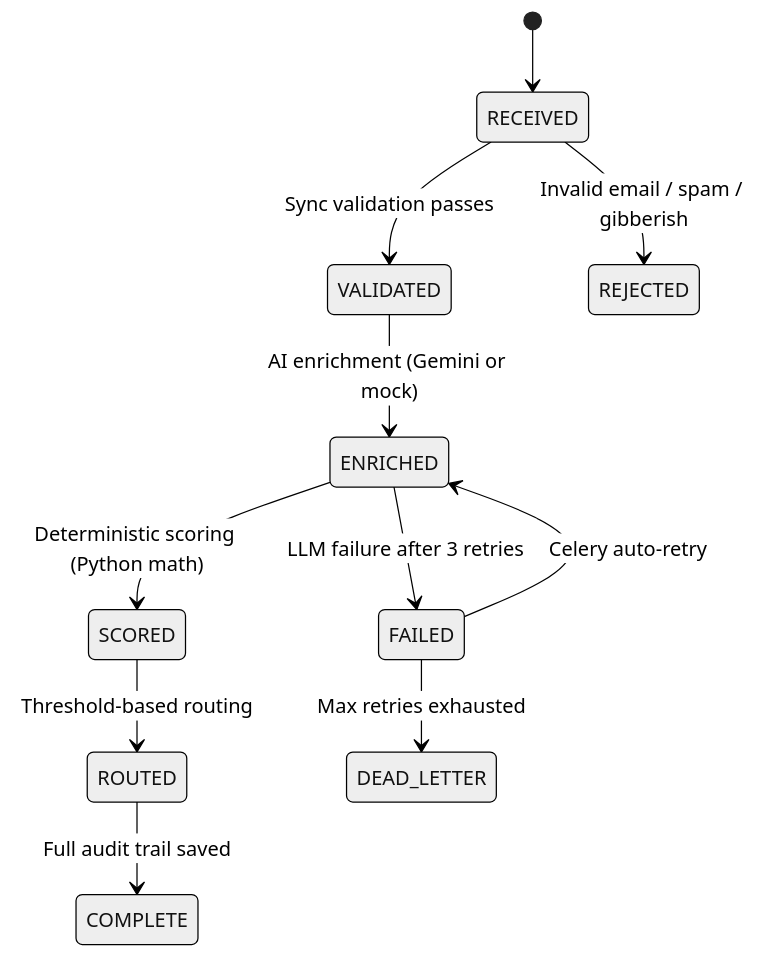
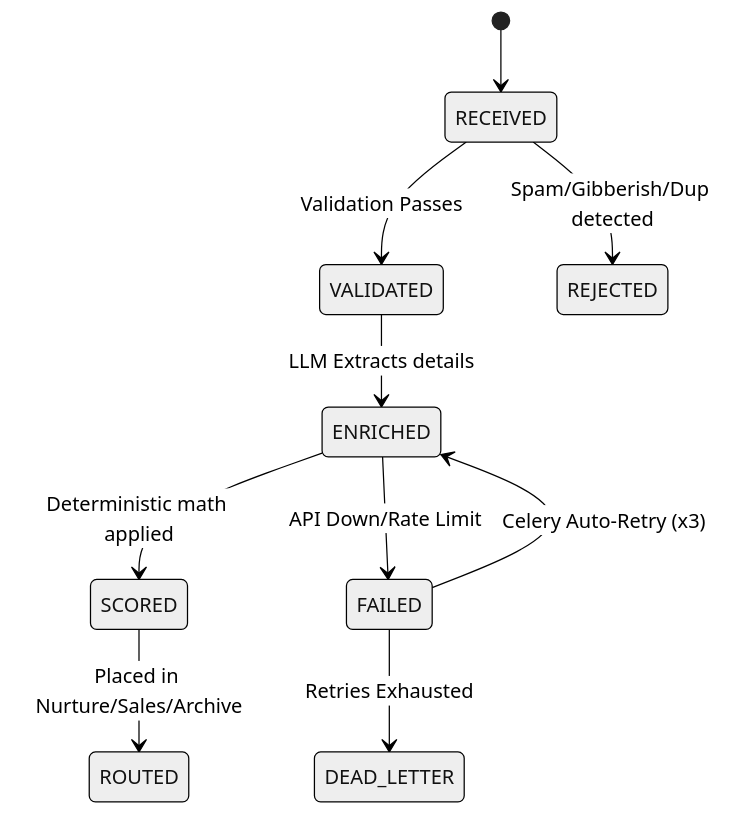
The second of 2 diagrams in README.md (Punya23/AI_Lead), drawn with Mermaid (neutral theme) before and after one commit. The commit also changed other lines of this file, not shown here.

````diff
--- a/README.md
+++ b/README.md
@@ -57,14 +110,13 @@
 ```mermaid
 stateDiagram-v2
     [*] --> RECEIVED
-    RECEIVED --> VALIDATED: Sync validation passes
-    RECEIVED --> REJECTED: Invalid email / spam / gibberish
-    VALIDATED --> ENRICHED: AI enrichment (Gemini or mock)
-    ENRICHED --> SCORED: Deterministic scoring (Python math)
-    SCORED --> ROUTED: Threshold-based routing
-    ROUTED --> COMPLETE: Full audit trail saved
+    RECEIVED --> VALIDATED: Validation Passes
+    RECEIVED --> REJECTED: Spam/Gibberish/Dup detected
+    VALIDATED --> ENRICHED: LLM Extracts details
+    ENRICHED --> SCORED: Deterministic math applied
+    SCORED --> ROUTED: Placed in Nurture/Sales/Archive
     
-    ENRICHED --> FAILED: LLM failure after 3 retries
-    FAILED --> ENRICHED: Celery auto-retry
-    FAILED --> DEAD_LETTER: Max retries exhausted
+    ENRICHED --> FAILED: API Down/Rate Limit
+    FAILED --> ENRICHED: Celery Auto-Retry (x3)
+    FAILED --> DEAD_LETTER: Retries Exhausted
 ```
````
